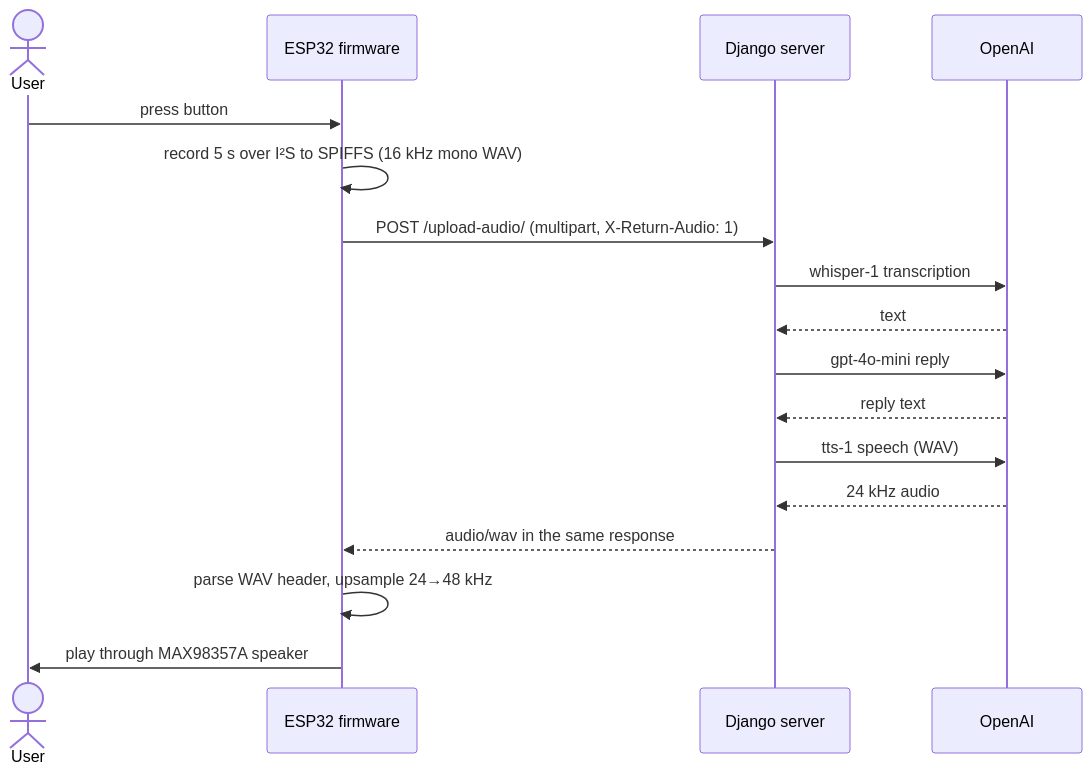
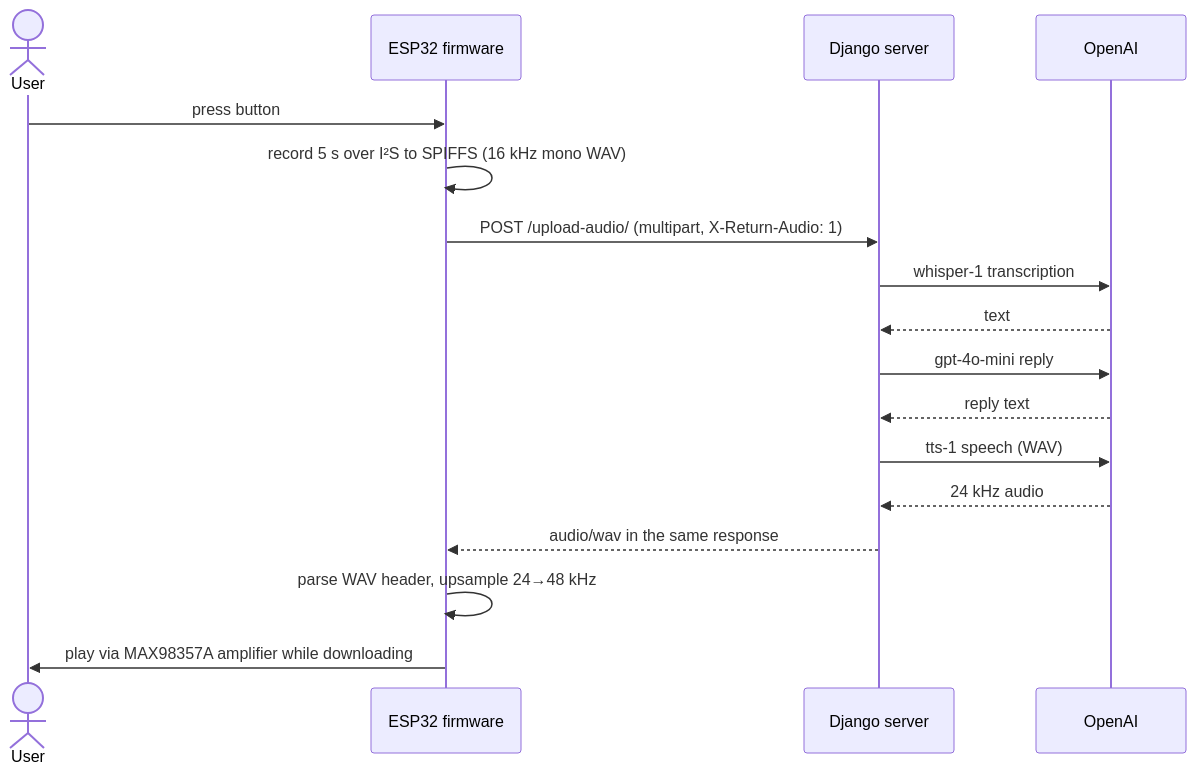
Before and after one commit to cmd-yabri/AVA-IOT-AI-personal-assistant: the diagram in README.md, drawn with Mermaid. The commit also changed other lines of this file, not shown here.

First line of the commit message:
Correct README: server returns WAV, amplifier wording, per-OS setup

````diff
--- a/README.md
+++ b/README.md
@@ -16,20 +16,20 @@
 ```mermaid
 sequenceDiagram
     actor User
     participant ESP32 as ESP32 firmware
     participant Server as Django server
     participant OpenAI
 
     User->>ESP32: press button
     ESP32->>ESP32: record 5 s over I²S to SPIFFS (16 kHz mono WAV)
     ESP32->>Server: POST /upload-audio/ (multipart, X-Return-Audio: 1)
     Server->>OpenAI: whisper-1 transcription
     OpenAI-->>Server: text
     Server->>OpenAI: gpt-4o-mini reply
     OpenAI-->>Server: reply text
     Server->>OpenAI: tts-1 speech (WAV)
     OpenAI-->>Server: 24 kHz audio
     Server-->>ESP32: audio/wav in the same response
     ESP32->>ESP32: parse WAV header, upsample 24→48 kHz
-    ESP32->>User: play through MAX98357A speaker
+    ESP32->>User: play via MAX98357A amplifier while downloading
 ```
````
